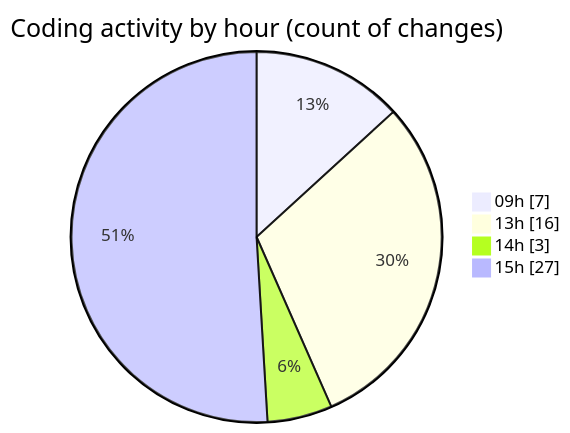
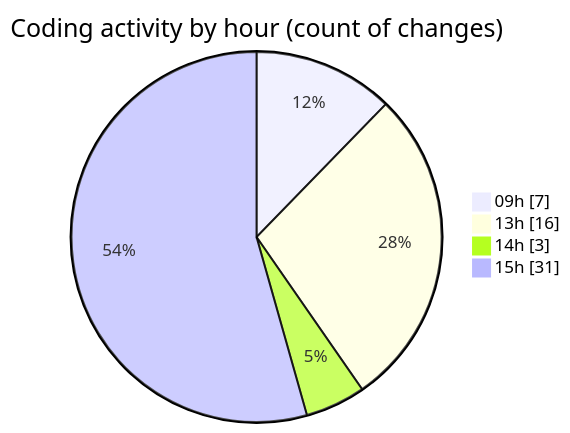
Before and after one commit to momahboobian/code-tracking: the second of 2 diagrams in 2025-01-31/cda/README.md, drawn with Mermaid. The commit also changed other lines of this file and 1 other file, not shown here.

````diff
--- a/2025-01-31/cda/README.md
+++ b/2025-01-31/cda/README.md
@@ -35,8 +35,8 @@
 ```mermaid
 pie showData
 title Coding activity by hour (count of changes)
 "09h" : 7
 "13h" : 16
 "14h" : 3
-"15h" : 27
+"15h" : 31
 ```
````
